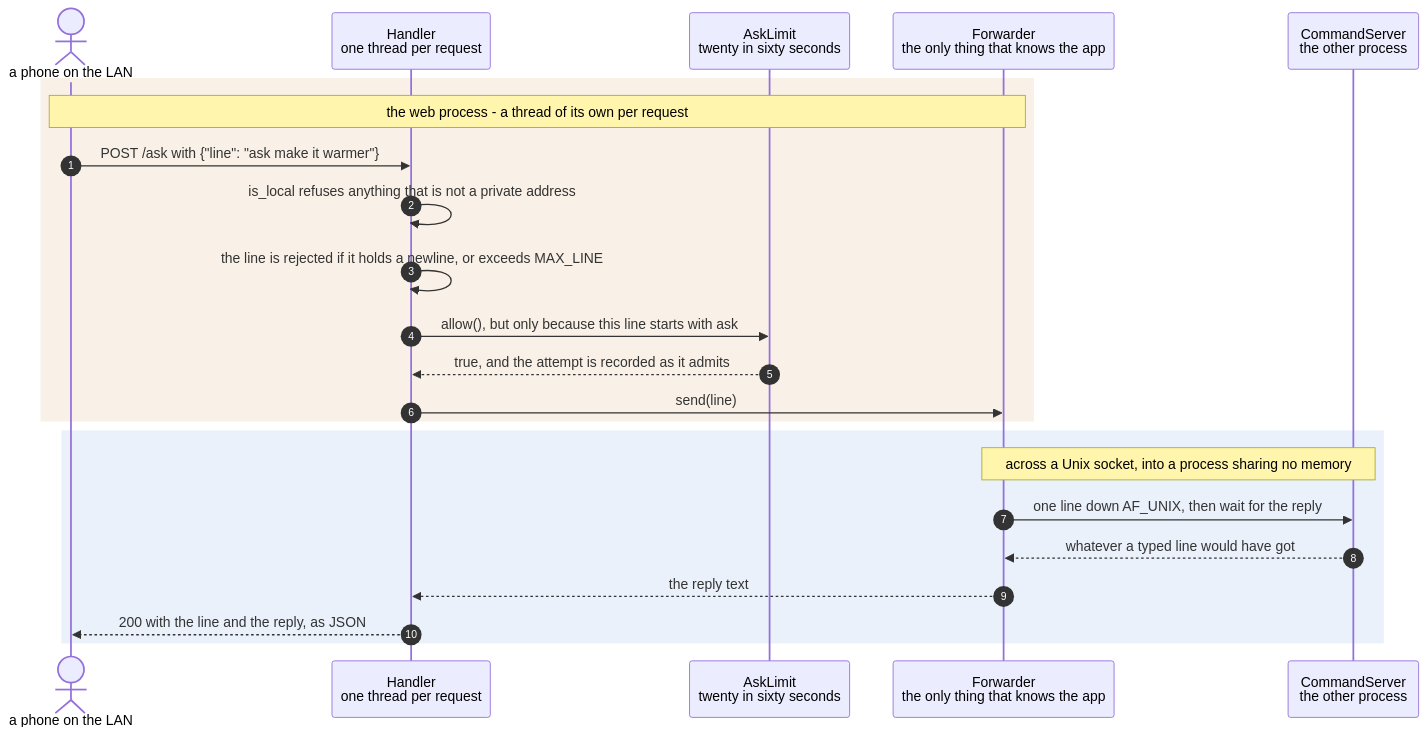
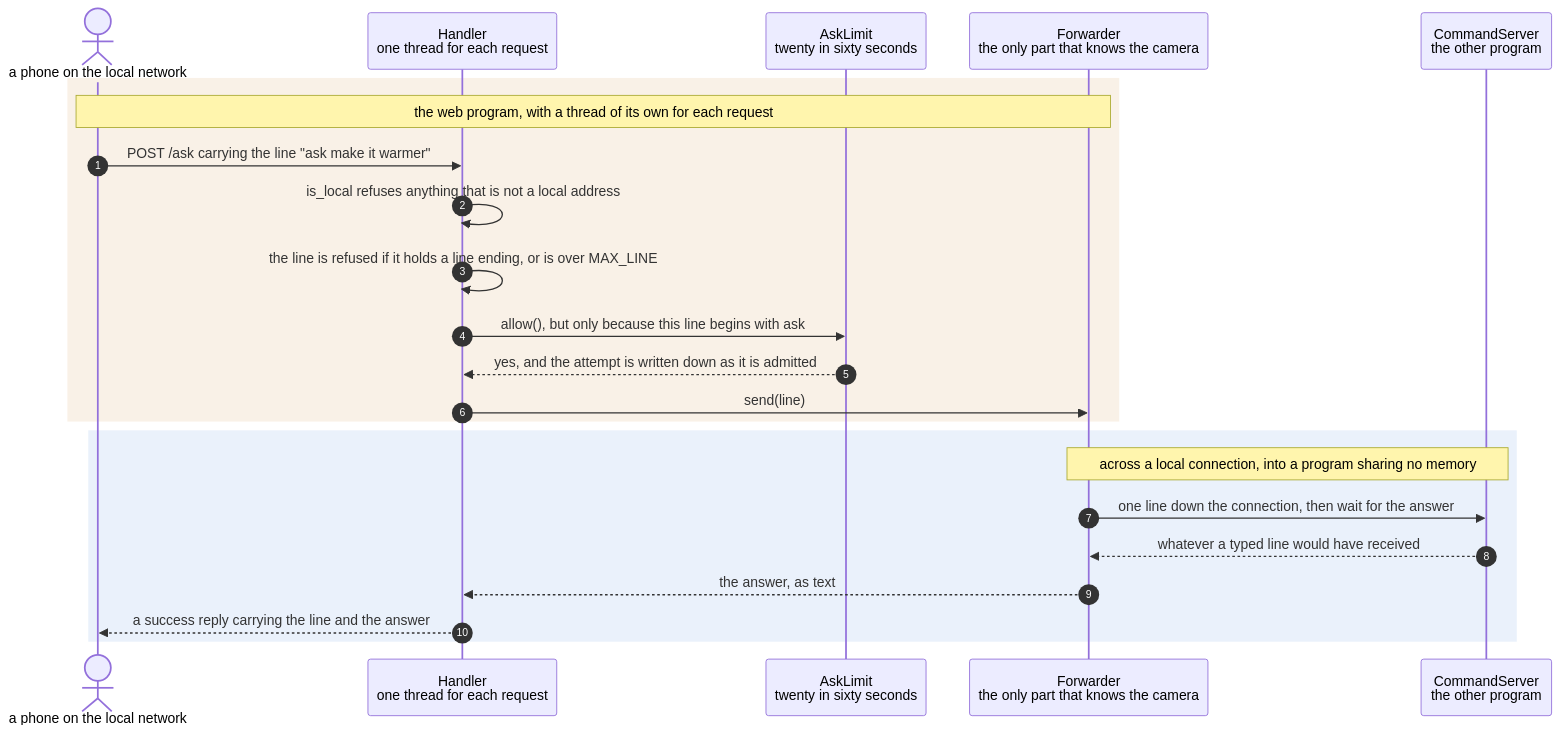
Before and after one commit to replicant1/AsciiArt-Pi: the diagram in docs/scenarios/text-typed-on-a-phone-reaches-the-render-loop-over-the-lan.md, drawn with Mermaid. The commit also changed other lines of this file and 2 other files, not shown here.

First line of the commit message:
Rewrite three more scenarios: schemes, shutdown and the phone

````diff
--- a/docs/scenarios/text-typed-on-a-phone-reaches-the-render-loop-over-the-lan.md
+++ b/docs/scenarios/text-typed-on-a-phone-reaches-the-render-loop-over-the-lan.md
@@ -36,26 +46,26 @@
 ```mermaid
 sequenceDiagram
     autonumber
-    actor Phone as a phone on the LAN
-    participant H as Handler<br/>one thread per request
+    actor Phone as a phone on the local network
+    participant H as Handler<br/>one thread for each request
     participant Lim as AskLimit<br/>twenty in sixty seconds
-    participant Fwd as Forwarder<br/>the only thing that knows the app
-    participant CS as CommandServer<br/>the other process
+    participant Fwd as Forwarder<br/>the only part that knows the camera
+    participant CS as CommandServer<br/>the other program
 
     rect rgba(200, 140, 60, 0.12)
-        note over Phone, Fwd: the web process - a thread of its own per request
-        Phone->>H: POST /ask with {"line": "ask make it warmer"}
-        H->>H: is_local refuses anything that is not a private address
-        H->>H: the line is rejected if it holds a newline, or exceeds MAX_LINE
-        H->>Lim: allow(), but only because this line starts with ask
-        Lim-->>H: true, and the attempt is recorded as it admits
+        note over Phone, Fwd: the web program, with a thread of its own for each request
+        Phone->>H: POST /ask carrying the line "ask make it warmer"
+        H->>H: is_local refuses anything that is not a local address
+        H->>H: the line is refused if it holds a line ending, or is over MAX_LINE
+        H->>Lim: allow(), but only because this line begins with ask
+        Lim-->>H: yes, and the attempt is written down as it is admitted
         H->>Fwd: send(line)
     end
     rect rgba(80, 140, 220, 0.12)
-        note over Fwd, CS: across a Unix socket, into a process sharing no memory
-        Fwd->>CS: one line down AF_UNIX, then wait for the reply
-        CS-->>Fwd: whatever a typed line would have got
-        Fwd-->>H: the reply text
-        H-->>Phone: 200 with the line and the reply, as JSON
+        note over Fwd, CS: across a local connection, into a program sharing no memory
+        Fwd->>CS: one line down the connection, then wait for the answer
+        CS-->>Fwd: whatever a typed line would have received
+        Fwd-->>H: the answer, as text
+        H-->>Phone: a success reply carrying the line and the answer
     end
 ```
````
